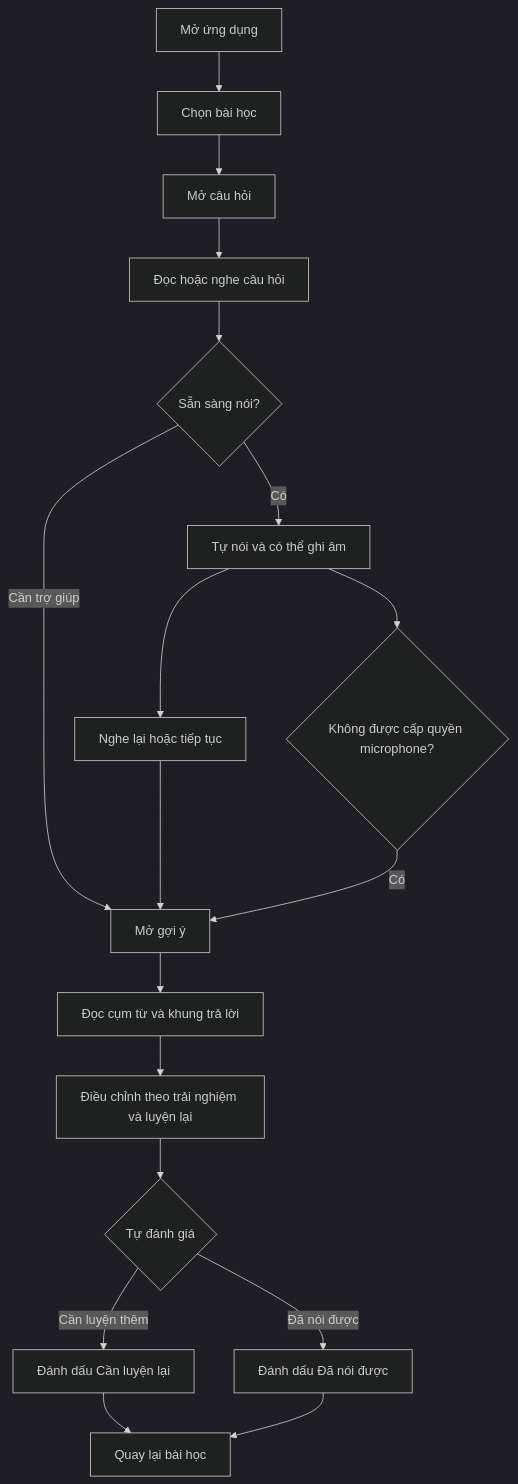
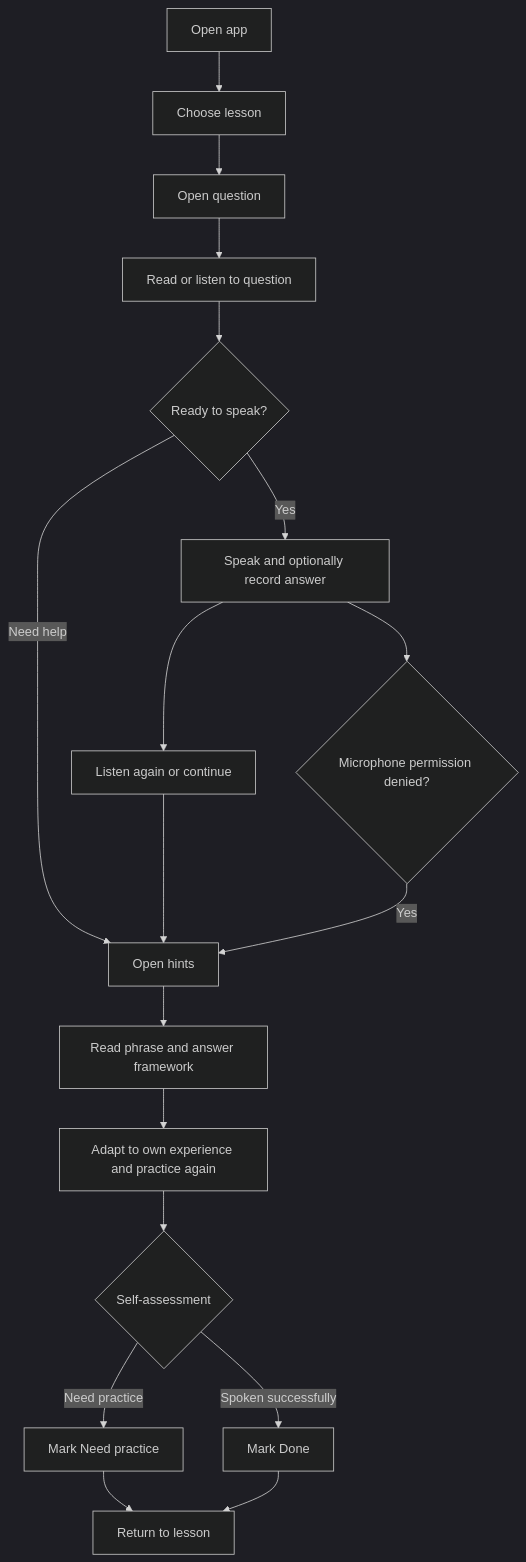
Before and after one commit to mobile-app-CO3043/interview-english: the first of 2 diagrams in docs/assignment1/assignment1-report.md, drawn with Mermaid (dark theme). The commit also changed other lines of this file, not shown here.

````diff
--- a/docs/assignment1/assignment1-report.md
+++ b/docs/assignment1/assignment1-report.md
@@ -276,20 +275,20 @@
 ```mermaid
 flowchart TD
-    A[Mở ứng dụng] --> B[Chọn bài học]
-    B --> C[Mở câu hỏi]
-    C --> D[Đọc hoặc nghe câu hỏi]
-    D --> E{Sẵn sàng nói?}
-    E -->|Có| F[Tự nói và có thể ghi âm]
-    E -->|Cần trợ giúp| G[Mở gợi ý]
-    F --> H[Nghe lại hoặc tiếp tục]
+    A[Open app] --> B[Choose lesson]
+    B --> C[Open question]
+    C --> D[Read or listen to question]
+    D --> E{Ready to speak?}
+    E -->|Yes| F[Speak and optionally record answer]
+    E -->|Need help| G[Open hints]
+    F --> H[Listen again or continue]
     H --> G
-    G --> I[Đọc cụm từ và khung trả lời]
-    I --> J[Điều chỉnh theo trải nghiệm và luyện lại]
-    J --> K{Tự đánh giá}
-    K -->|Cần luyện thêm| L[Đánh dấu Cần luyện lại]
-    K -->|Đã nói được| M[Đánh dấu Đã nói được]
-    L --> N[Quay lại bài học]
+    G --> I[Read phrase and answer framework]
+    I --> J[Adapt to own experience and practice again]
+    J --> K{Self-assessment}
+    K -->|Need practice| L[Mark Need practice]
+    K -->|Spoken successfully| M[Mark Done]
+    L --> N[Return to lesson]
     M --> N
-    F --> O{Không được cấp quyền microphone?}
-    O -->|Có| G
+    F --> O{Microphone permission denied?}
+    O -->|Yes| G
 ```
````
